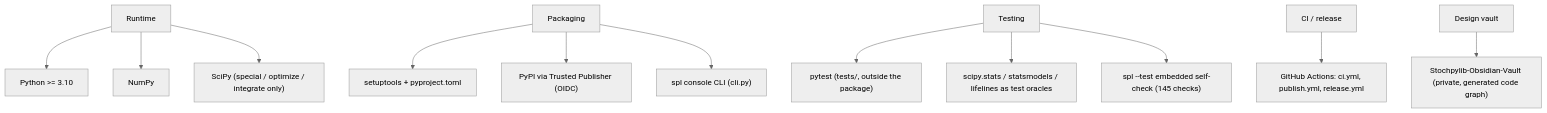
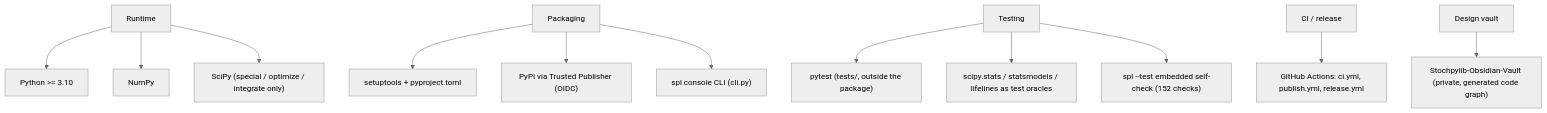
One commit to leon1706-lol/Stochpylib changed the second of 2 diagrams in README.md. Above: the diagram before and after it, drawn with Mermaid (neutral theme). The commit also changed other lines of this file and 33 other files, not shown here.

````diff
--- a/README.md
+++ b/README.md
@@ -220,14 +225,14 @@
 ```mermaid
 flowchart TB
     A["Runtime"] --> A1["Python >= 3.10"]
     A --> A2["NumPy"]
     A --> A3["SciPy (special / optimize / integrate only)"]
     B["Packaging"] --> B1["setuptools + pyproject.toml"]
     B --> B2["PyPI via Trusted Publisher (OIDC)"]
     B --> B3["spl console CLI (cli.py)"]
     C["Testing"] --> C1["pytest (tests/, outside the package)"]
     C --> C2["scipy.stats / statsmodels / lifelines as test oracles"]
-    C --> C3["spl --test embedded self-check (145 checks)"]
+    C --> C3["spl --test embedded self-check (152 checks)"]
     D["CI / release"] --> D1["GitHub Actions: ci.yml, publish.yml, release.yml"]
     E["Design vault"] --> E1["Stochpylib-Obsidian-Vault (private, generated code graph)"]
 ```
````
